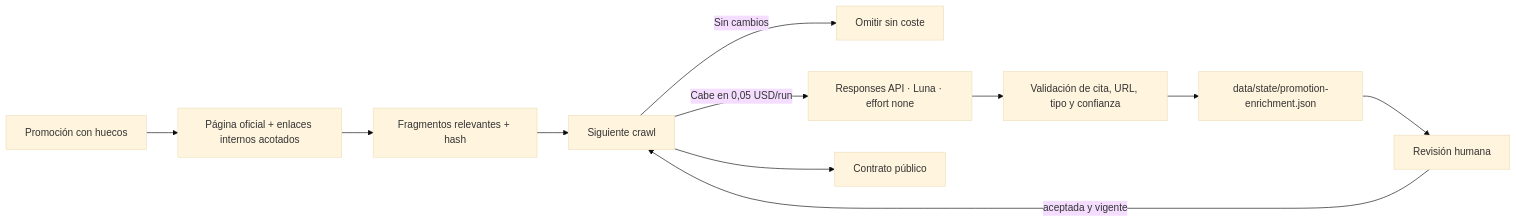
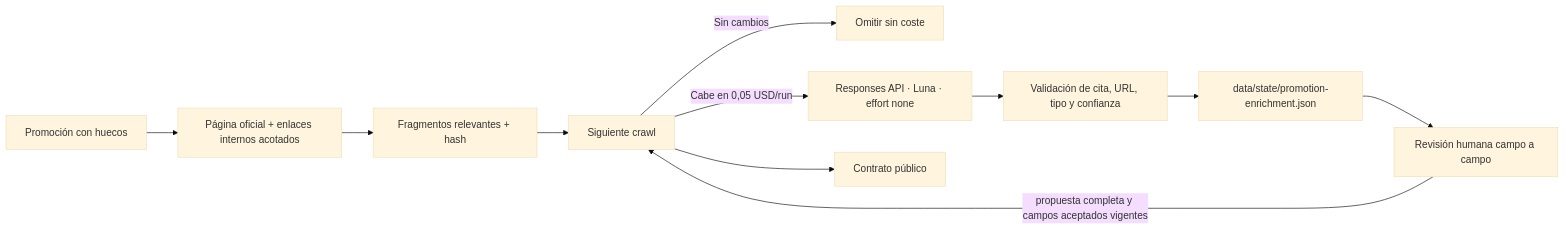
Before and after one commit to Javiig13/SierraNueva: the third of 3 diagrams in docs/architecture.md, drawn with Mermaid (base theme). The commit also changed other lines of this file and 11 other files, not shown here.

````diff
--- a/docs/architecture.md
+++ b/docs/architecture.md
@@ -40,13 +40,13 @@
 ```mermaid
 flowchart LR
     P["Promoción con huecos"] --> E["Página oficial + enlaces internos acotados"]
     E --> H["Fragmentos relevantes + hash"]
     H --> C{"Caché y presupuesto"}
     C -->|"Sin cambios"| S["Omitir sin coste"]
     C -->|"Cabe en 0,05 USD/run"| AI["Responses API · Luna · effort none"]
     AI --> V["Validación de cita, URL, tipo y confianza"]
     V --> Q["data/state/promotion-enrichment.json"]
-    Q --> R["Revisión humana"]
-    R -->|aceptada y vigente| C["Siguiente crawl"]
+    Q --> R["Revisión humana campo a campo"]
+    R -->|propuesta completa y campos aceptados vigentes| C["Siguiente crawl"]
     C --> PUB["Contrato público"]
 ```
````
